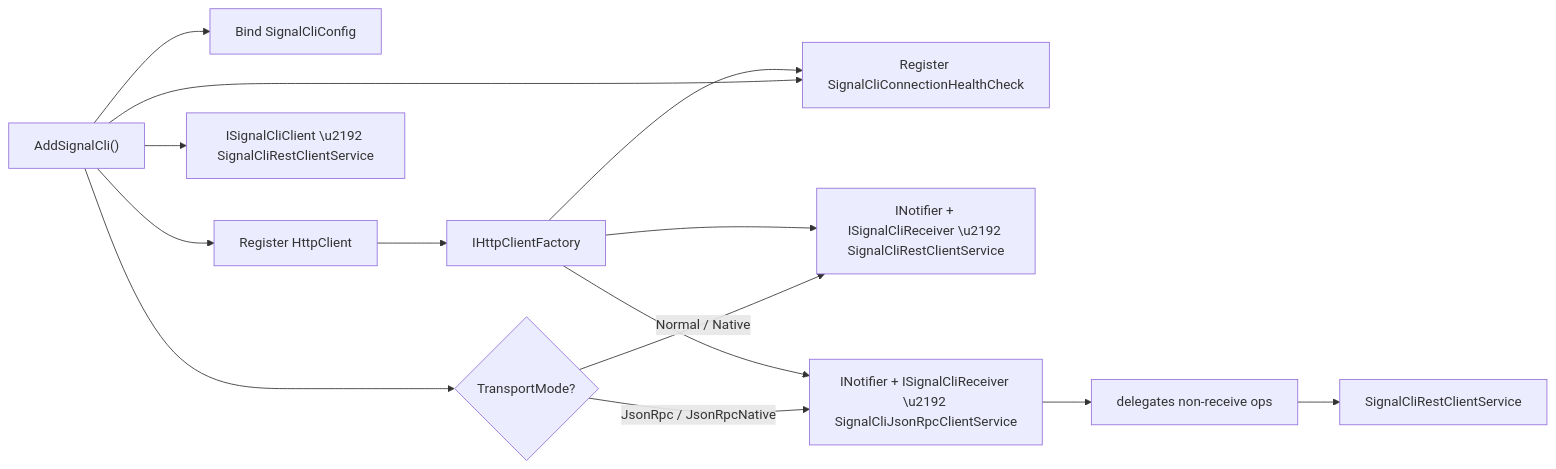
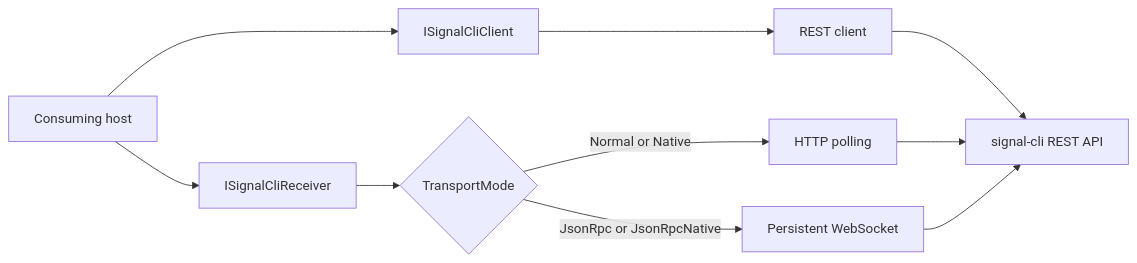
The diagram in src/CasCap.Api.SignalCli/README.md (f2calv/CasCap.Api.SignalCli), drawn with Mermaid before and after one commit. The commit also changed other lines of this file and 5 other files, not shown here.

First line of the commit message:
docs(readme): document client contracts and receive transports

````diff
--- a/src/CasCap.Api.SignalCli/README.md
+++ b/src/CasCap.Api.SignalCli/README.md
@@ -382,16 +341,12 @@
 ```mermaid
 flowchart LR
-    A["AddSignalCli()"] --> B["Bind SignalCliConfig"]
-    A --> C["Register HttpClient"]
-    A --> J["ISignalCliClient \u2192 SignalCliRestClientService"]
-    A --> D{"TransportMode?"}
-    A --> E["Register SignalCliConnectionHealthCheck"]
-    D -->|Normal / Native| F["INotifier + ISignalCliReceiver \u2192 SignalCliRestClientService"]
-    D -->|JsonRpc / JsonRpcNative| G["INotifier + ISignalCliReceiver \u2192 SignalCliJsonRpcClientService"]
-    G --> H["delegates non-receive ops"]
-    H --> F2["SignalCliRestClientService"]
-    C --> I["IHttpClientFactory"]
-    I --> F
-    I --> G
-    I --> E
+    Host["Consuming host"] --> Client["ISignalCliClient"]
+    Client --> HTTP["REST client"]
+    HTTP --> Server["signal-cli REST API"]
+    Host --> Receiver["ISignalCliReceiver"]
+    Receiver --> Mode{"TransportMode"}
+    Mode -->|Normal or Native| Poll["HTTP polling"]
+    Mode -->|JsonRpc or JsonRpcNative| WebSocket["Persistent WebSocket"]
+    Poll --> Server
+    WebSocket --> Server
 ```
````
